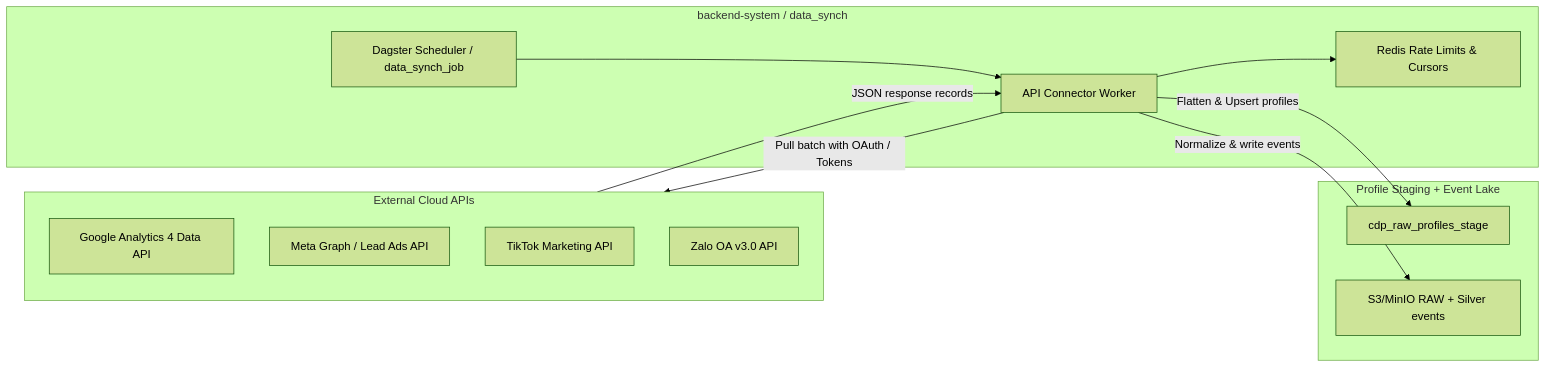
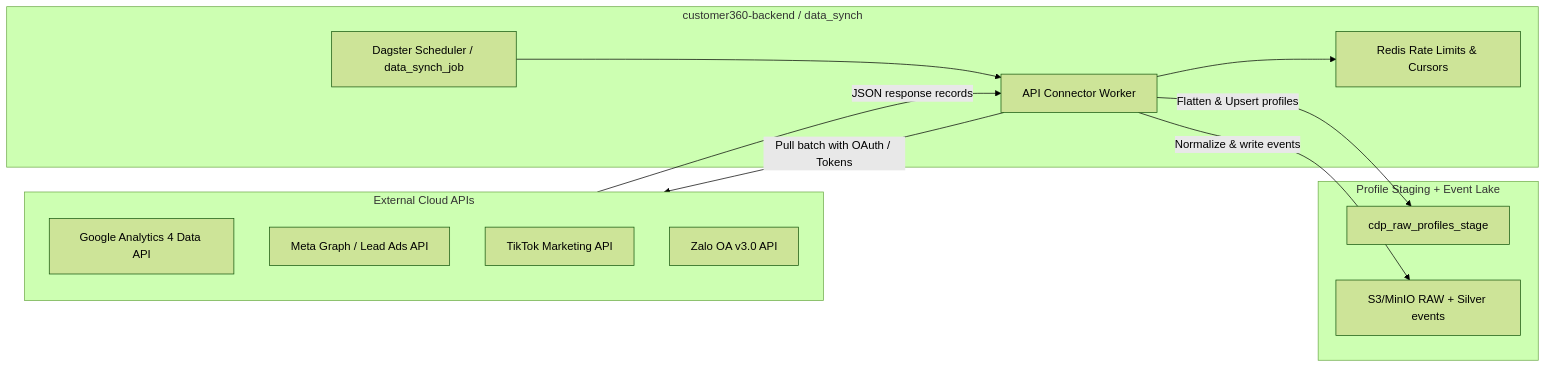
One commit to LEO-CDP/leo-customer360 changed the diagram in docs/data-sources/2-data-connector.md. Above: the diagram before and after it, drawn with Mermaid (forest theme). The commit also changed other lines of this file and 237 other files, not shown here.

Commit message:
refactoring, rename backend-system to customer360-backend

````diff
--- a/docs/data-sources/2-data-connector.md
+++ b/docs/data-sources/2-data-connector.md
@@ -7,27 +7,27 @@
 ```mermaid
 flowchart LR
     subgraph External["External Cloud APIs"]
         GA4["Google Analytics 4 Data API"]
         META["Meta Graph / Lead Ads API"]
         TT["TikTok Marketing API"]
         ZALO["Zalo OA v3.0 API"]
     end
 
-    subgraph SyncService["backend-system / data_synch"]
+    subgraph SyncService["customer360-backend / data_synch"]
         ORCH["Dagster Scheduler / data_synch_job"]
         WORKER["API Connector Worker"]
         REDIS["Redis Rate Limits & Cursors"]
     end
 
     subgraph Staging["Profile Staging + Event Lake"]
         STAGE_PRF["cdp_raw_profiles_stage"]
       STAGE_EVT["S3/MinIO RAW + Silver events"]
     end
 
     ORCH --> WORKER
     WORKER --> REDIS
     WORKER -->|"Pull batch with OAuth / Tokens"| External
     External -->|"JSON response records"| WORKER
     WORKER -->|"Flatten & Upsert profiles"| STAGE_PRF
     WORKER -->|"Normalize & write events"| STAGE_EVT
 ```
````
